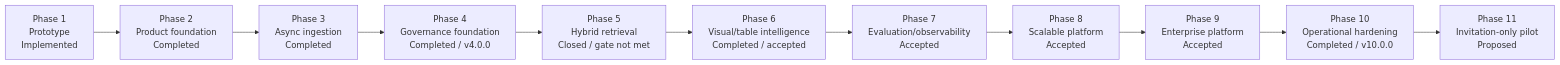
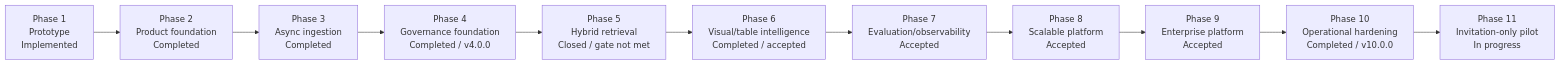
Before and after one commit to mvyas412/ai-projects: the second of 13 diagrams in mm-rag-full-stack-genai-bootcamp-3.0/docs/architecture/ARCHITECTURE.md, drawn with Mermaid. The commit also changed other lines of this file and 15 other files, not shown here.

Commit message:
Implement Phase 11 pilot control foundation

````diff
--- a/mm-rag-full-stack-genai-bootcamp-3.0/docs/architecture/ARCHITECTURE.md
+++ b/mm-rag-full-stack-genai-bootcamp-3.0/docs/architecture/ARCHITECTURE.md
@@ -186,14 +186,14 @@
 ```mermaid
 flowchart LR
     p1["Phase 1<br/>Prototype<br/>Implemented"] -->
     p2["Phase 2<br/>Product foundation<br/>Completed"] -->
     p3["Phase 3<br/>Async ingestion<br/>Completed"] -->
     p4["Phase 4<br/>Governance foundation<br/>Completed / v4.0.0"] -->
     p5["Phase 5<br/>Hybrid retrieval<br/>Closed / gate not met"] -->
     p6["Phase 6<br/>Visual/table intelligence<br/>Completed / accepted"] -->
     p7["Phase 7<br/>Evaluation/observability<br/>Accepted"] -->
     p8["Phase 8<br/>Scalable platform<br/>Accepted"] -->
     p9["Phase 9<br/>Enterprise platform<br/>Accepted"] -->
     p10["Phase 10<br/>Operational hardening<br/>Completed / v10.0.0"] -->
-    p11["Phase 11<br/>Invitation-only pilot<br/>Proposed"]
+    p11["Phase 11<br/>Invitation-only pilot<br/>In progress"]
 ```
````
